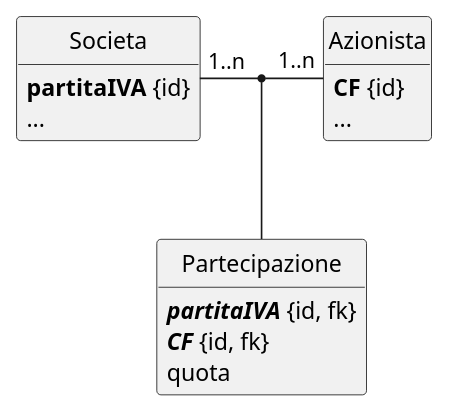
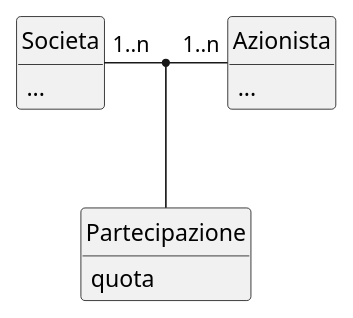
One commit to gionatamassibenincasa/as-24-25 changed the ninth of 12 diagrams in 5asia/manuale.md. Above: the diagram before and after it, drawn with PlantUML. The commit also changed other lines of this file and 26 other files, not shown here.

````diff
--- a/5asia/manuale.md
+++ b/5asia/manuale.md
@@ -269,23 +273,23 @@
 ```plantuml
 @startuml esempioAssnnRistr1
 hide circle
 hide methods
 
 class Societa {
-  **partitaIVA** {id}
+  **partitaIVA**: text(11) {id}
   ...
 }
 class Azionista {
-  **CF** {id}
+  **CF**: text(16) {id}
   ...
 }
 class Partecipazione {
-  //**partitaIVA**// {id, fk}
-  //**CF**// {id, fk}
+  //**partitaIVA**//: text(11) {id, fk}
+  //**CF**//: text(16) {id, fk}
   quota
 }
 
 Societa "1..n" - "1..n" Azionista
 (Societa, Azionista) -- Partecipazione
 @enduml
 ```
````
